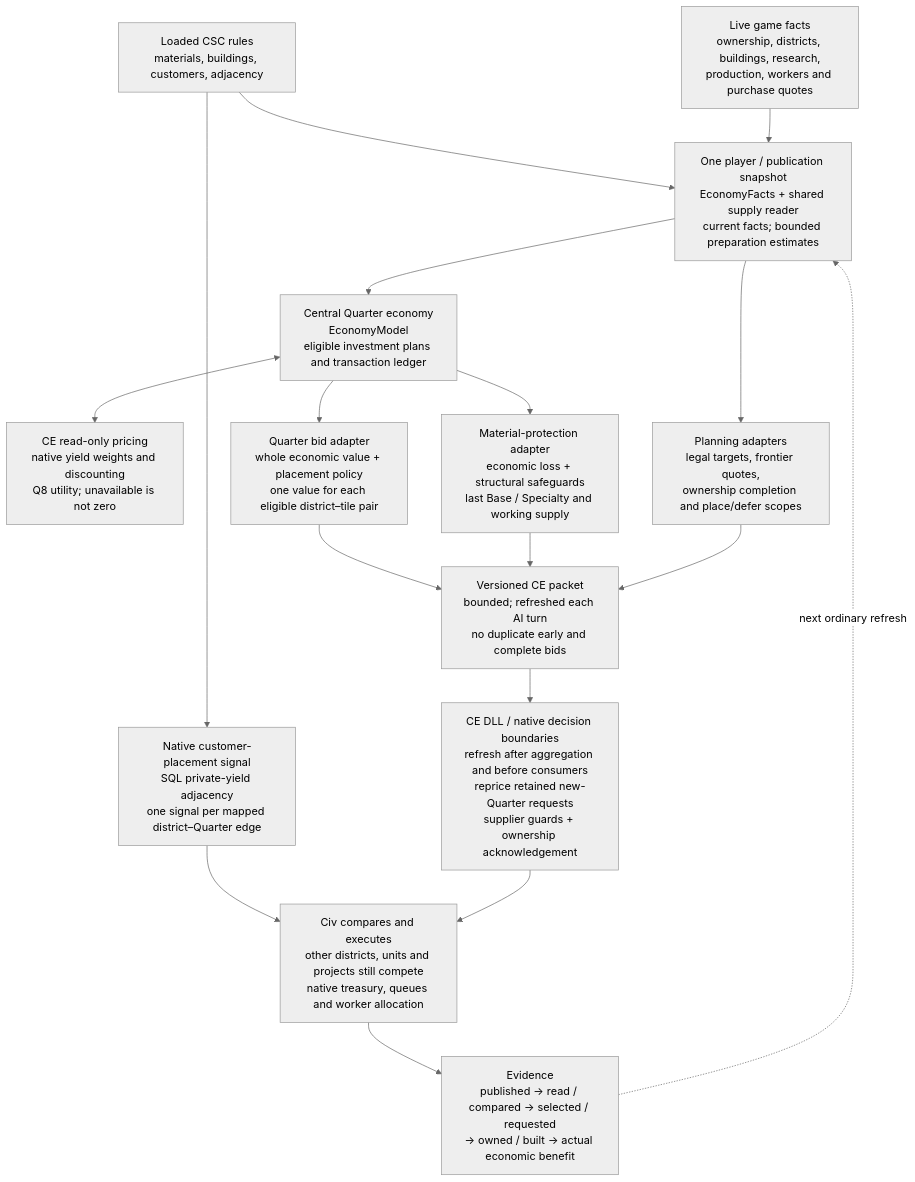
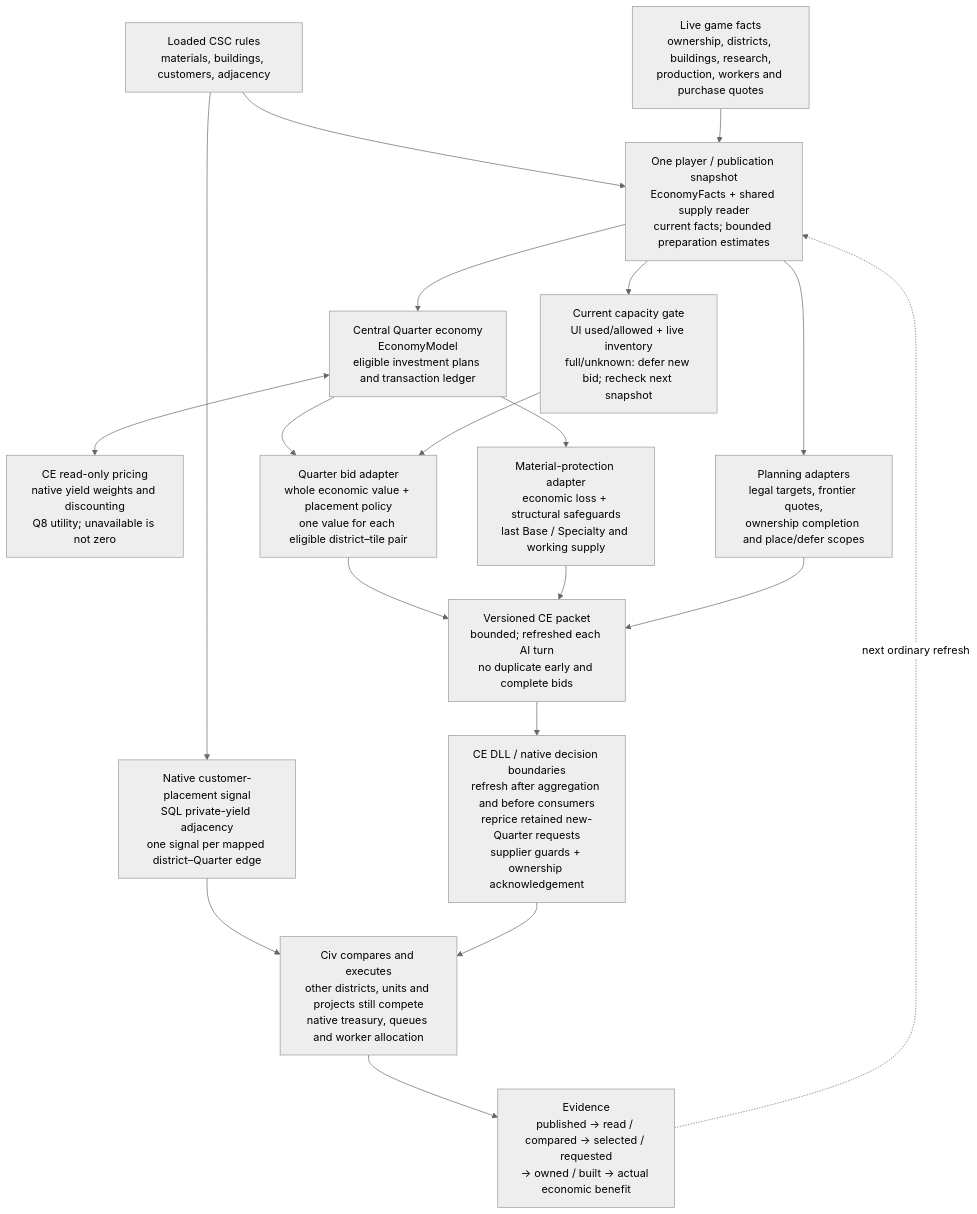
One commit to hennogous/Henno-Mods changed the diagram in project/docs/civ6-ai/architecture.md. Above: the diagram before and after it, drawn with Mermaid (neutral theme). The commit also changed other lines of this file and 6 other files, not shown here.

````diff
--- a/project/docs/civ6-ai/architecture.md
+++ b/project/docs/civ6-ai/architecture.md
@@ -32,32 +36,35 @@
 ```mermaid
 flowchart TD
     DB["Loaded CSC rules<br/>materials, buildings, customers, adjacency"]
     LIVE["Live game facts<br/>ownership, districts, buildings, research,<br/>production, workers and purchase quotes"]
     FACTS["One player / publication snapshot<br/>EconomyFacts + shared supply reader<br/>current facts; bounded preparation estimates"]
     MODEL["Central Quarter economy<br/>EconomyModel<br/>eligible investment plans and transaction ledger"]
     PRICE["CE read-only pricing<br/>native yield weights and discounting<br/>Q8 utility; unavailable is not zero"]
     SITE["Quarter bid adapter<br/>whole economic value + placement policy<br/>one value for each eligible district–tile pair"]
+    CAP["Current capacity gate<br/>UI used/allowed + live inventory<br/>full/unknown: defer new bid; recheck next snapshot"]
     PROTECT["Material-protection adapter<br/>economic loss + structural safeguards<br/>last Base / Specialty and working supply"]
     PLAN["Planning adapters<br/>legal targets, frontier quotes,<br/>ownership completion and place/defer scopes"]
     SQL["Native customer-placement signal<br/>SQL private-yield adjacency<br/>one signal per mapped district–Quarter edge"]
     PACKET["Versioned CE packet<br/>bounded; refreshed each AI turn<br/>no duplicate early and complete bids"]
     CE["CE DLL / native decision boundaries<br/>refresh after aggregation and before consumers<br/>reprice retained new-Quarter requests<br/>supplier guards + ownership acknowledgement"]
     CIV["Civ compares and executes<br/>other districts, units and projects still compete<br/>native treasury, queues and worker allocation"]
     OBS["Evidence<br/>published → read / compared → selected / requested<br/>→ owned / built → actual economic benefit"]
     DB --> FACTS
     LIVE --> FACTS
     FACTS --> MODEL
     MODEL <--> PRICE
     MODEL --> SITE
+    FACTS --> CAP
+    CAP --> SITE
     MODEL --> PROTECT
     FACTS --> PLAN
     DB --> SQL
     SITE --> PACKET
     PROTECT --> PACKET
     PLAN --> PACKET
     PACKET --> CE
     SQL --> CIV
     CE --> CIV
     CIV --> OBS
     OBS -. "next ordinary refresh" .-> FACTS
 ```
````
